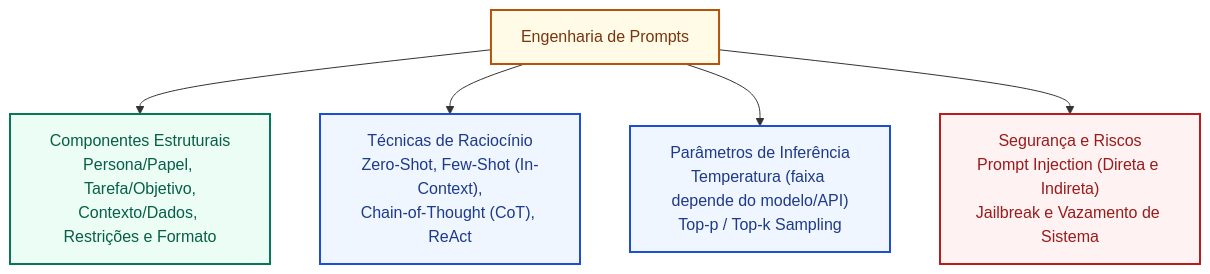
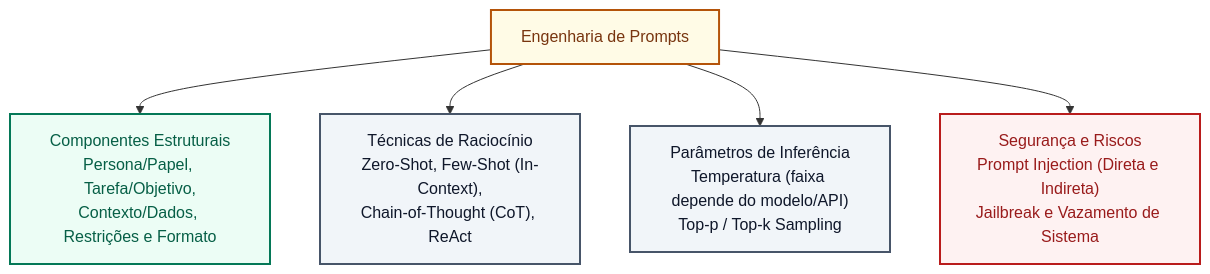
The first of 3 diagrams in 3 - Materias/Informatica/22 - engenharia de prompts estrutura tecnicas e avaliacao.md (leorruas/concursos), drawn with Mermaid before and after one commit.

Commit message:
style(camara-ti): alinhar fallback Mermaid aos tokens neutros 22

````diff
--- a/3 - Materias/Informatica/22 - engenharia de prompts estrutura tecnicas e avaliacao.md
+++ b/3 - Materias/Informatica/22 - engenharia de prompts estrutura tecnicas e avaliacao.md
@@ -27,14 +27,14 @@
 ```mermaid
 flowchart TD
     classDef raiz fill:#fffbe6,stroke:#b45309,stroke-width:2px,color:#78350f;
     classDef comp fill:#ecfdf5,stroke:#047857,stroke-width:2px,color:#065f46;
-    classDef tec fill:#eff6ff,stroke:#1d4ed8,stroke-width:2px,color:#1e3a8a;
+    classDef tec fill:#f1f5f9,stroke:#475569,stroke-width:2px,color:#0f172a;
     classDef seg fill:#fef2f2,stroke:#b91c1c,stroke-width:2px,color:#991b1b;
 
     PE["Engenharia de Prompts"]:::raiz
 
     PE --> C["Componentes Estruturais<br>Persona/Papel, Tarefa/Objetivo,<br>Contexto/Dados, Restrições e Formato"]:::comp
     PE --> T["Técnicas de Raciocínio<br>Zero-Shot, Few-Shot (In-Context),<br>Chain-of-Thought (CoT), ReAct"]:::tec
     PE --> P["Parâmetros de Inferência<br>Temperatura (faixa depende do modelo/API)<br>Top-p / Top-k Sampling"]:::tec
     PE --> S["Segurança e Riscos<br>Prompt Injection (Direta e Indireta)<br>Jailbreak e Vazamento de Sistema"]:::seg
 ```
````
